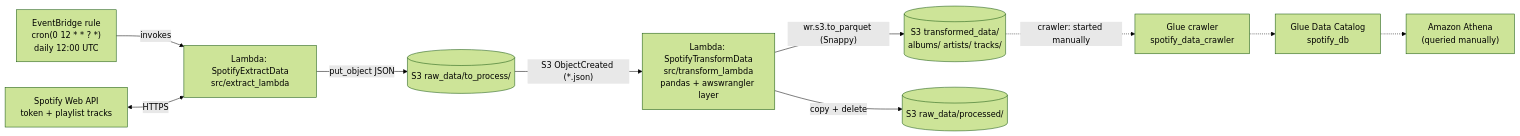
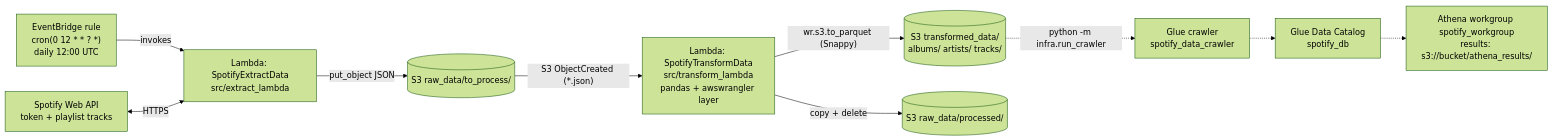
Before and after one commit to LokeshReddy25/Serverless-Spotify-Data-Pipeline: the diagram in README.md, drawn with Mermaid (forest theme). The commit also changed other lines of this file and 3 other files, not shown here.

````diff
--- a/README.md
+++ b/README.md
@@ -7,12 +9,12 @@
 ```mermaid
 flowchart LR
     EB["EventBridge rule<br/>cron(0 12 * * ? *)<br/>daily 12:00 UTC"] -->|invokes| EX["Lambda: SpotifyExtractData<br/>src/extract_lambda"]
     SP["Spotify Web API<br/>token + playlist tracks"] <-->|HTTPS| EX
     EX -->|put_object JSON| RAW[("S3 raw_data/to_process/")]
     RAW -->|"S3 ObjectCreated (*.json)"| TR["Lambda: SpotifyTransformData<br/>src/transform_lambda<br/>pandas + awswrangler layer"]
     TR -->|"wr.s3.to_parquet (Snappy)"| PQ[("S3 transformed_data/<br/>albums/ artists/ tracks/")]
     TR -->|copy + delete| DONE[("S3 raw_data/processed/")]
-    PQ -.->|"crawler: started manually"| GC["Glue crawler<br/>spotify_data_crawler"]
+    PQ -.->|"python -m infra.run_crawler"| GC["Glue crawler<br/>spotify_data_crawler"]
     GC -.-> CAT["Glue Data Catalog<br/>spotify_db"]
-    CAT -.-> ATH["Amazon Athena<br/>(queried manually)"]
+    CAT -.-> ATH["Athena workgroup spotify_workgroup<br/>results: s3://bucket/athena_results/"]
 ```
````
